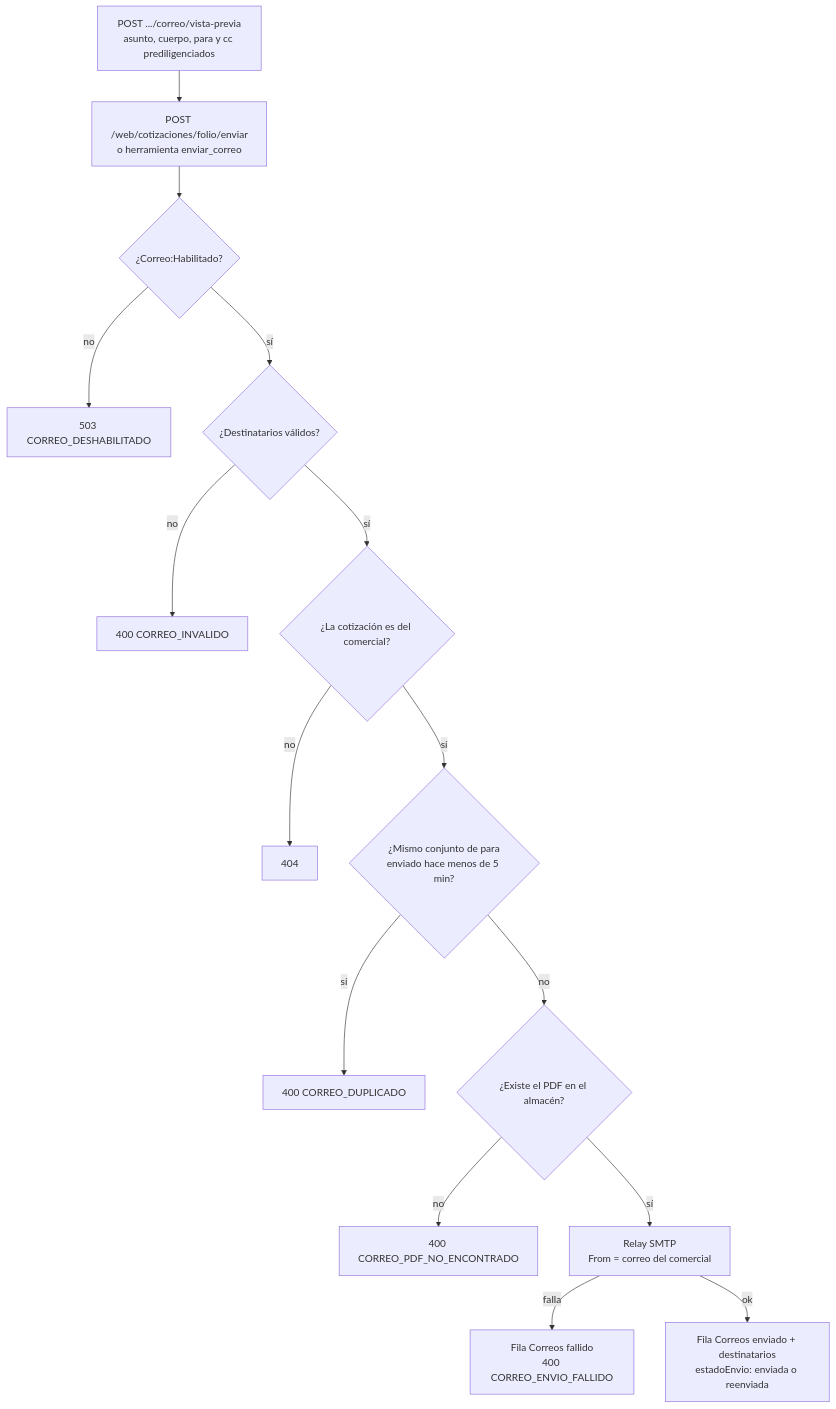
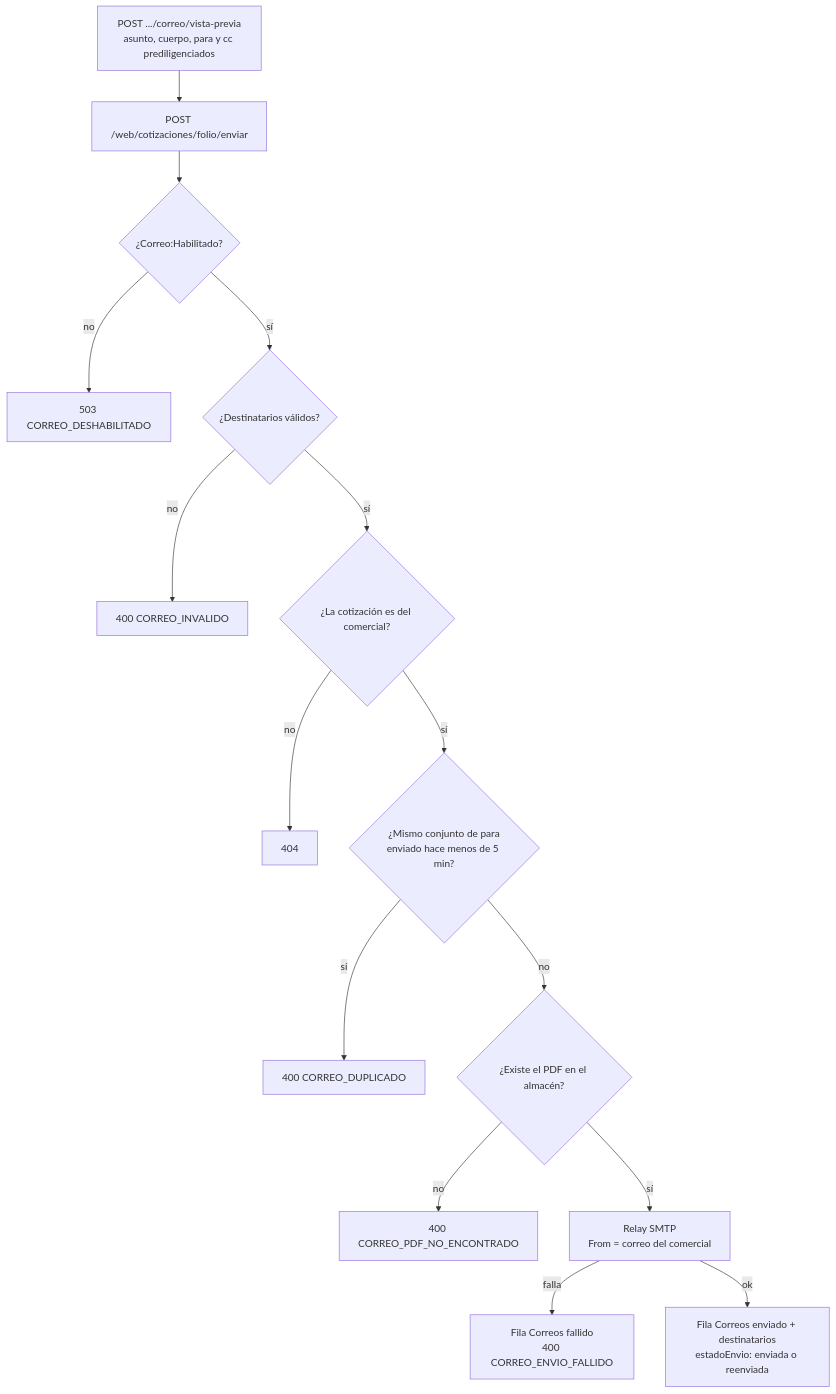
One commit to InnovacionIA-proyectos/Cotifly changed the fifth of 6 diagrams in backend-dotnet/docs/04-flujo-del-sistema.md. Above: the diagram before and after it, drawn with Mermaid. The commit also changed other lines of this file and 31 other files, not shown here.

````diff
--- a/backend-dotnet/docs/04-flujo-del-sistema.md
+++ b/backend-dotnet/docs/04-flujo-del-sistema.md
@@ -161,17 +130,17 @@
 ```mermaid
 flowchart TD
-    previa[POST .../correo/vista-previa<br/>asunto, cuerpo, para y cc prediligenciados] --> enviar[POST /web/cotizaciones/folio/enviar<br/>o herramienta enviar_correo]
+    previa[POST .../correo/vista-previa<br/>asunto, cuerpo, para y cc prediligenciados] --> enviar[POST /web/cotizaciones/folio/enviar]
     enviar --> hab{¿Correo:Habilitado?}
     hab -- no --> deshab[503 CORREO_DESHABILITADO]
     hab -- sí --> dest{¿Destinatarios válidos?}
     dest -- no --> inval[400 CORREO_INVALIDO]
     dest -- sí --> duenio{¿La cotización es del comercial?}
     duenio -- no --> nf[404]
     duenio -- sí --> dup{¿Mismo conjunto de para<br/>enviado hace menos de 5 min?}
     dup -- sí --> dupl[400 CORREO_DUPLICADO]
     dup -- no --> pdf{¿Existe el PDF en el almacén?}
     pdf -- no --> sinpdf[400 CORREO_PDF_NO_ENCONTRADO]
     pdf -- sí --> relay[Relay SMTP<br/>From = correo del comercial]
     relay -- falla --> fallido[Fila Correos fallido<br/>400 CORREO_ENVIO_FALLIDO]
     relay -- ok --> ok[Fila Correos enviado + destinatarios<br/>estadoEnvio: enviada o reenviada]
 ```
````
